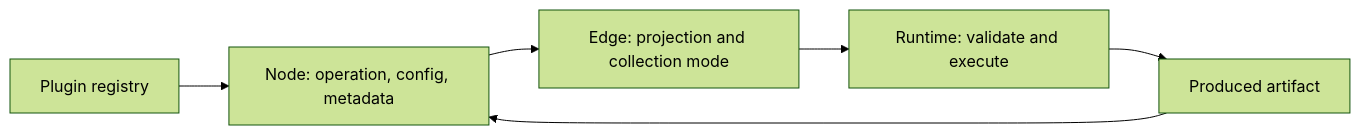
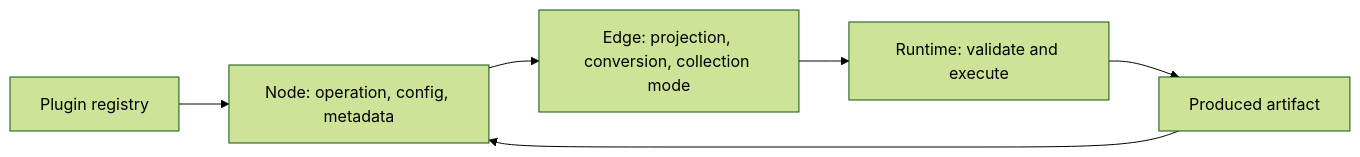
The diagram in docs/workbench-interaction-plan.md (artpods56/KUL_IDUB_EcclesialSchematisms), drawn with Mermaid (forest theme) before and after one commit. The commit also changed other lines of this file and 35 other files, not shown here.

````diff
--- a/docs/workbench-interaction-plan.md
+++ b/docs/workbench-interaction-plan.md
@@ -23,8 +24,8 @@
 ```mermaid
 flowchart LR
     Registry["Plugin registry"] --> Node["Node: operation, config, metadata"]
-    Node --> Edge["Edge: projection and collection mode"]
+    Node --> Edge["Edge: projection, conversion, collection mode"]
     Edge --> Runtime["Runtime: validate and execute"]
     Runtime --> Artifact["Produced artifact"]
     Artifact --> Node
 ```
````
